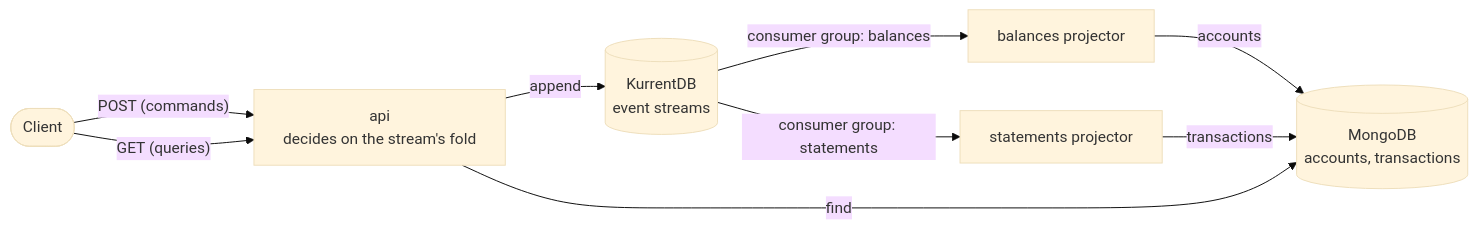
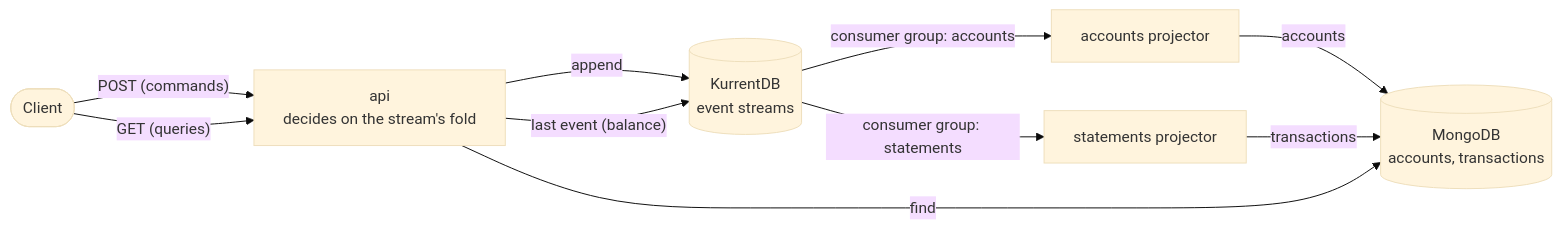
The first of 3 diagrams in README.md (gianluca-pettenon/idempotent-ledger), drawn with Mermaid (base theme) before and after one commit. The commit also changed other lines of this file and 6 other files, not shown here.

````diff
--- a/README.md
+++ b/README.md
@@ -11,18 +11,19 @@
 ```mermaid
 flowchart LR
     client([Client])
     api["api<br/>decides on the stream's fold"]
     kurrent[("KurrentDB<br/>event streams")]
-    balances["balances projector"]
+    owners["accounts projector"]
     statements["statements projector"]
     mongo[("MongoDB<br/>accounts, transactions")]
 
     client -- "POST (commands)" --> api
     api -- append --> kurrent
-    kurrent -- "consumer group: balances" --> balances
+    kurrent -- "consumer group: accounts" --> owners
     kurrent -- "consumer group: statements" --> statements
-    balances -- accounts --> mongo
+    owners -- accounts --> mongo
     statements -- transactions --> mongo
     client -- "GET (queries)" --> api
+    api -- "last event (balance)" --> kurrent
     api -- find --> mongo
 ```
````
